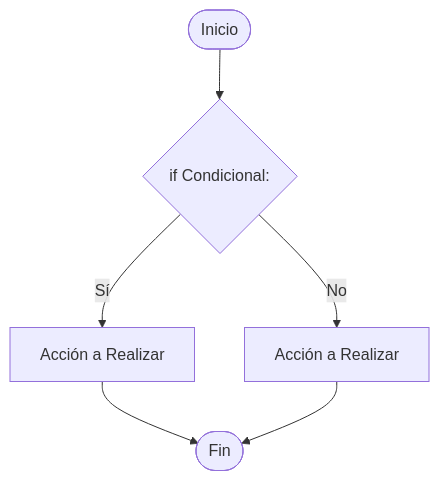
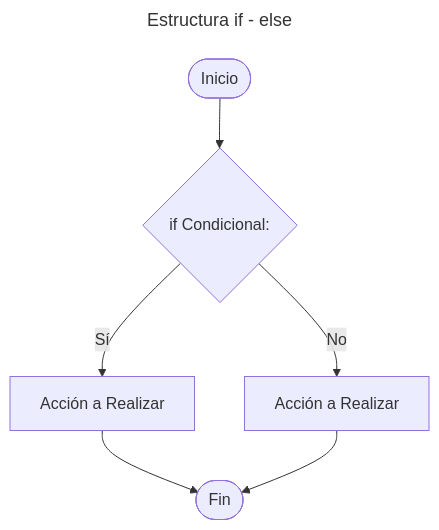
One commit to EnriqueChavezM/python-labs-and-tutorials changed the second of 5 diagrams in 01-Fundamentos/05-Estructuras_de_Control/01_Condicionales.md. Above: the diagram before and after it, drawn with Mermaid. The commit also changed other lines of this file, not shown here.

Commit message:
fix(docs): add titles to flowcharts for conditional structures and loops in documentation

````diff
--- a/01-Fundamentos/05-Estructuras_de_Control/01_Condicionales.md
+++ b/01-Fundamentos/05-Estructuras_de_Control/01_Condicionales.md
@@ -62,8 +65,11 @@
 ```mermaid
+---
+title: Estructura if - else
+---
 graph TD
     A([Inicio]) --> B{if Condicional:}
     B -- Sí --> C[Acción a Realizar]
     B -- No --> D[Acción a Realizar]
     C --> E([Fin])
     D --> E
 ```
````
